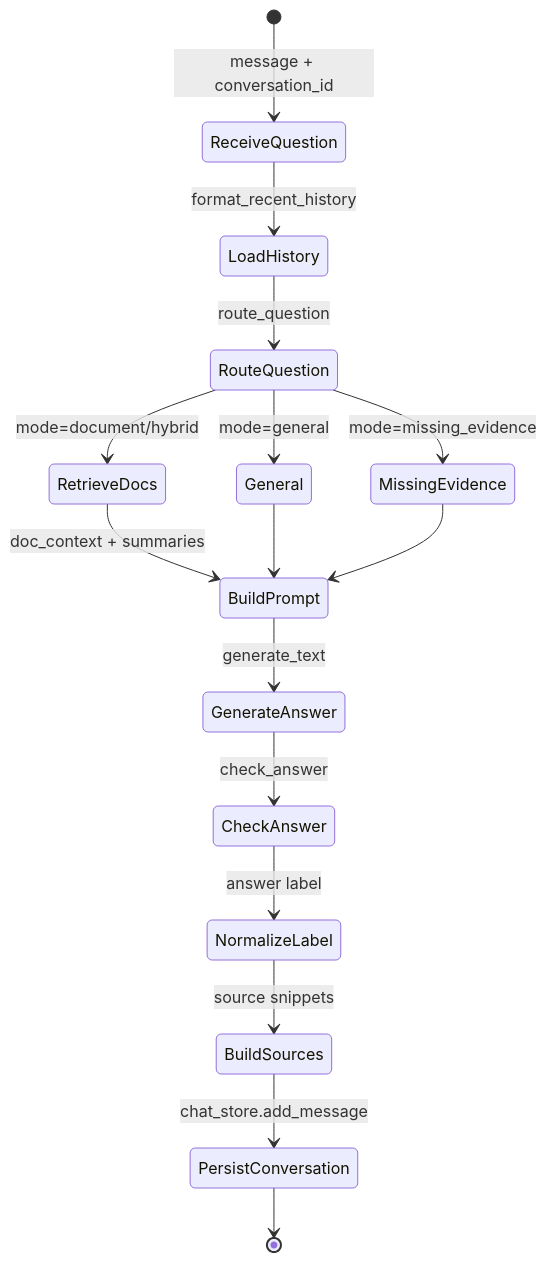
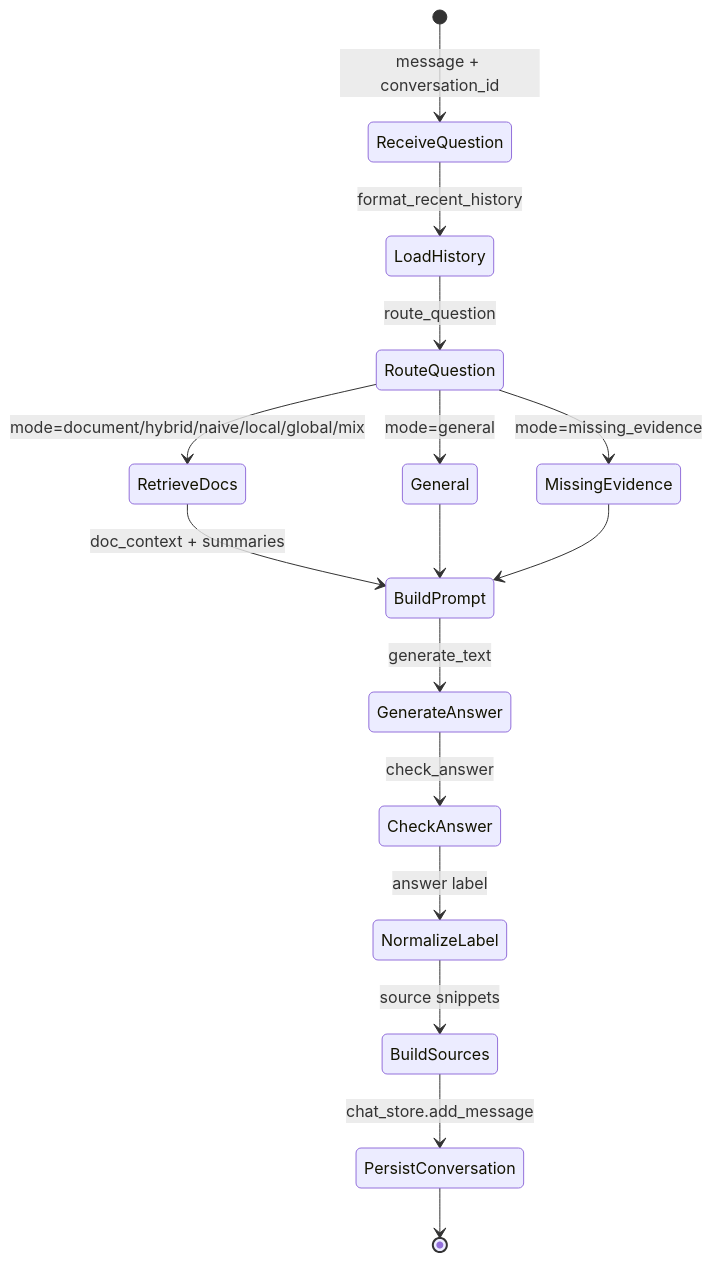
Before and after one commit to deathzhgood-lang/talkagent: the second of 2 diagrams in docs/ARCHITECTURE.md, drawn with Mermaid. The commit also changed other lines of this file and 4 other files, not shown here.

````diff
--- a/docs/ARCHITECTURE.md
+++ b/docs/ARCHITECTURE.md
@@ -51,18 +56,18 @@
 ```mermaid
 stateDiagram-v2
     [*] --> ReceiveQuestion: message + conversation_id
     ReceiveQuestion --> LoadHistory: format_recent_history
     LoadHistory --> RouteQuestion: route_question
     RouteQuestion --> General: mode=general
     RouteQuestion --> MissingEvidence: mode=missing_evidence
-    RouteQuestion --> RetrieveDocs: mode=document/hybrid
+    RouteQuestion --> RetrieveDocs: mode=document/hybrid/naive/local/global/mix
     RetrieveDocs --> BuildPrompt: doc_context + summaries
     General --> BuildPrompt
     MissingEvidence --> BuildPrompt
     BuildPrompt --> GenerateAnswer: generate_text
     GenerateAnswer --> CheckAnswer: check_answer
     CheckAnswer --> NormalizeLabel: answer label
     NormalizeLabel --> BuildSources: source snippets
     BuildSources --> PersistConversation: chat_store.add_message
     PersistConversation --> [*]
 ```
````
